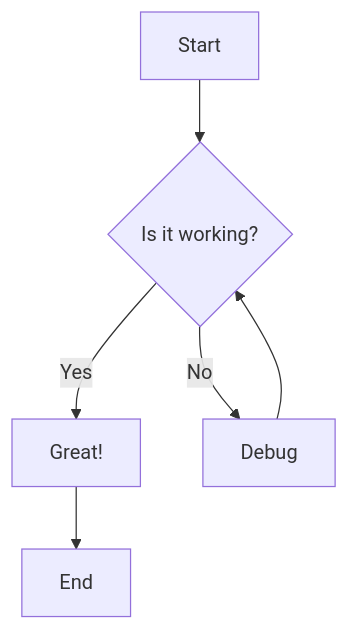
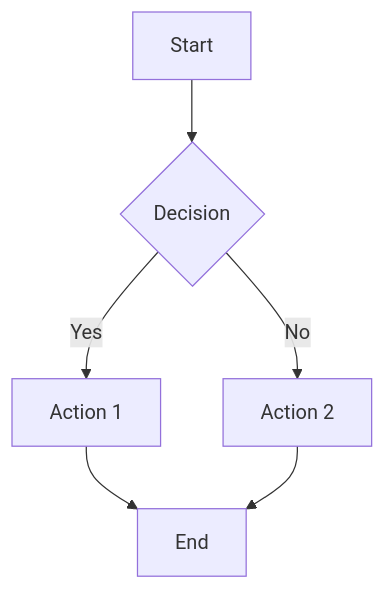
The first of 3 diagrams in src/assets/welcome.md (qazuor/markdown-previewer), drawn with Mermaid before and after one commit. The commit also changed other lines of this file and 2 other files, not shown here.

````diff
--- a/src/assets/welcome.md
+++ b/src/assets/welcome.md
@@ -68,8 +141,8 @@
 ```mermaid
 graph TD
-    A[Start] --> B{Is it working?}
-    B -->|Yes| C[Great!]
-    B -->|No| D[Debug]
-    D --> B
+    A[Start] --> B{Decision}
+    B -->|Yes| C[Action 1]
+    B -->|No| D[Action 2]
     C --> E[End]
+    D --> E
 ```
````
